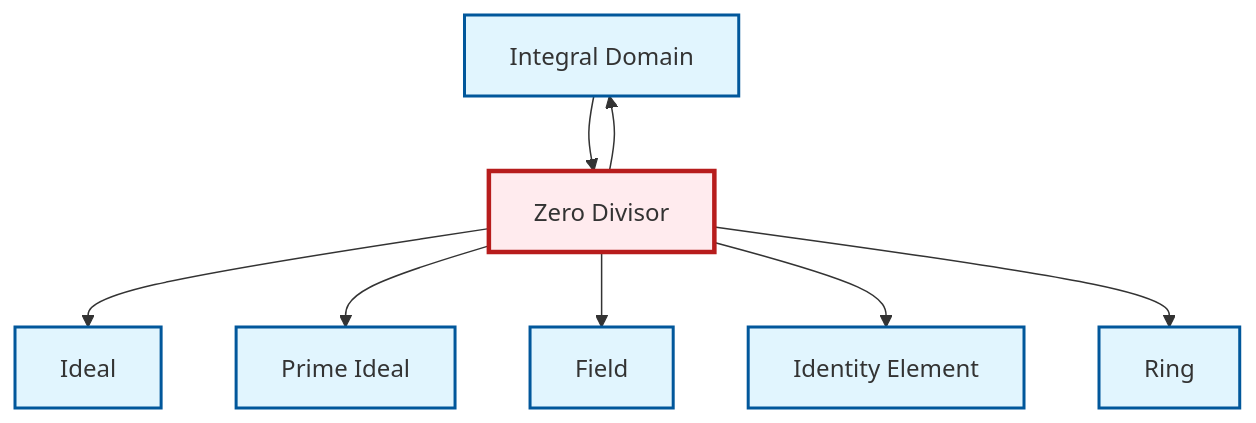
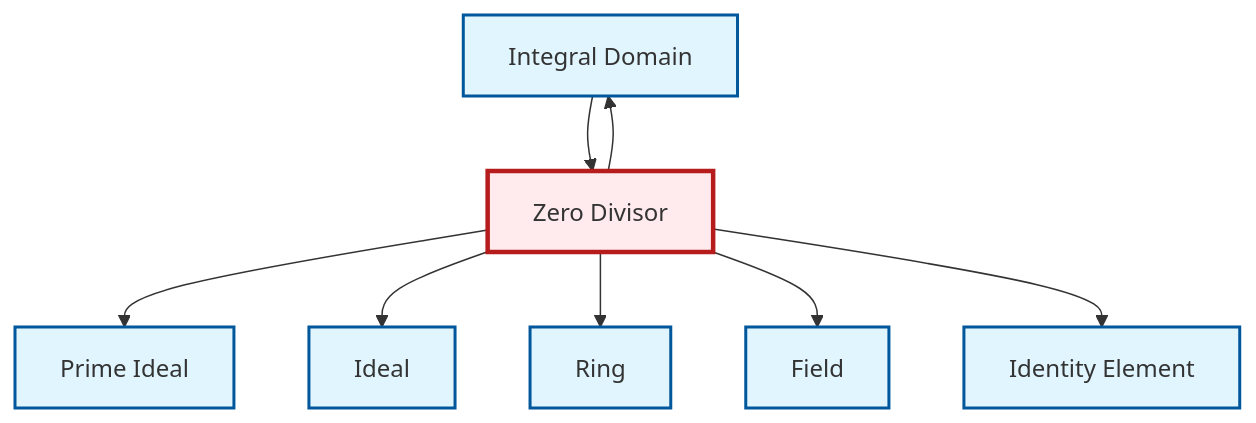
Before and after one commit to RK0429/ModernMath: the diagram in output/mermaid/en/def-zero-divisor.mermaid, drawn with Mermaid. The commit also changed other lines of this file and 1706 other files, not shown here.

```diff
--- a/output/mermaid/en/def-zero-divisor.mermaid
+++ b/output/mermaid/en/def-zero-divisor.mermaid
@@ -1,21 +1,21 @@
 graph TD
     classDef definition fill:#e1f5fe,stroke:#01579b,stroke-width:2px
     classDef theorem fill:#f3e5f5,stroke:#4a148c,stroke-width:2px
     classDef axiom fill:#fff3e0,stroke:#e65100,stroke-width:2px
     classDef example fill:#e8f5e9,stroke:#1b5e20,stroke-width:2px
     classDef current fill:#ffebee,stroke:#b71c1c,stroke-width:3px
+    def-field["Field"]:::definition
     def-ideal["Ideal"]:::definition
+    def-integral-domain["Integral Domain"]:::definition
+    def-zero-divisor["Zero Divisor"]:::definition
+    def-prime-ideal["Prime Ideal"]:::definition
+    def-identity-element["Identity Element"]:::definition
     def-ring["Ring"]:::definition
-    def-prime-ideal["Prime Ideal"]:::definition
-    def-integral-domain["Integral Domain"]:::definition
-    def-identity-element["Identity Element"]:::definition
-    def-zero-divisor["Zero Divisor"]:::definition
-    def-field["Field"]:::definition
     def-zero-divisor --> def-integral-domain
+    def-zero-divisor --> def-prime-ideal
     def-zero-divisor --> def-ideal
-    def-zero-divisor --> def-prime-ideal
+    def-zero-divisor --> def-ring
     def-zero-divisor --> def-field
+    def-zero-divisor --> def-identity-element
     def-integral-domain --> def-zero-divisor
-    def-zero-divisor --> def-identity-element
-    def-zero-divisor --> def-ring
     class def-zero-divisor current
```
